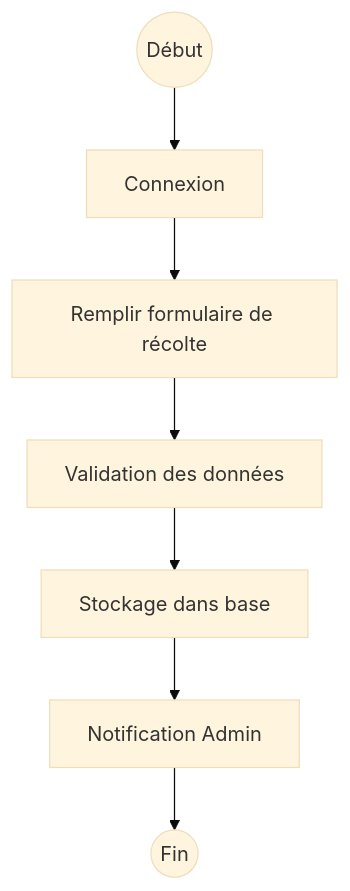
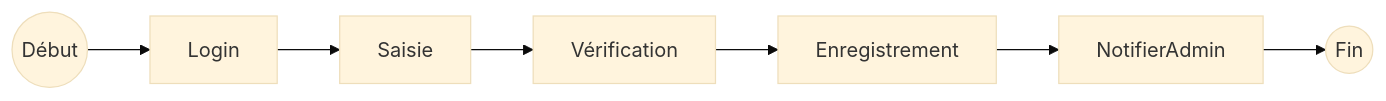
The fifth of 6 diagrams in DossierConceptionEtArchitecture.md (sanogotech/githubProjectsStarter), drawn with Mermaid (base theme) before and after one commit. The commit also changed other lines of this file, not shown here.

````diff
--- a/DossierConceptionEtArchitecture.md
+++ b/DossierConceptionEtArchitecture.md
@@ -114,12 +99,9 @@
 ```mermaid
-flowchart TD
-    Start((Début))
-    Login[Connexion]
-    Form[Remplir formulaire de récolte]
-    Validation[Validation des données]
-    Enregistrement[Stockage dans base]
-    Notif[Notification Admin]
-    End((Fin))
-
-    Start --> Login --> Form --> Validation --> Enregistrement --> Notif --> End
+flowchart LR
+    Start((Début)) --> Login
+    Login --> Saisie
+    Saisie --> Vérification
+    Vérification --> Enregistrement
+    Enregistrement --> NotifierAdmin
+    NotifierAdmin --> End((Fin))
 ```
````
